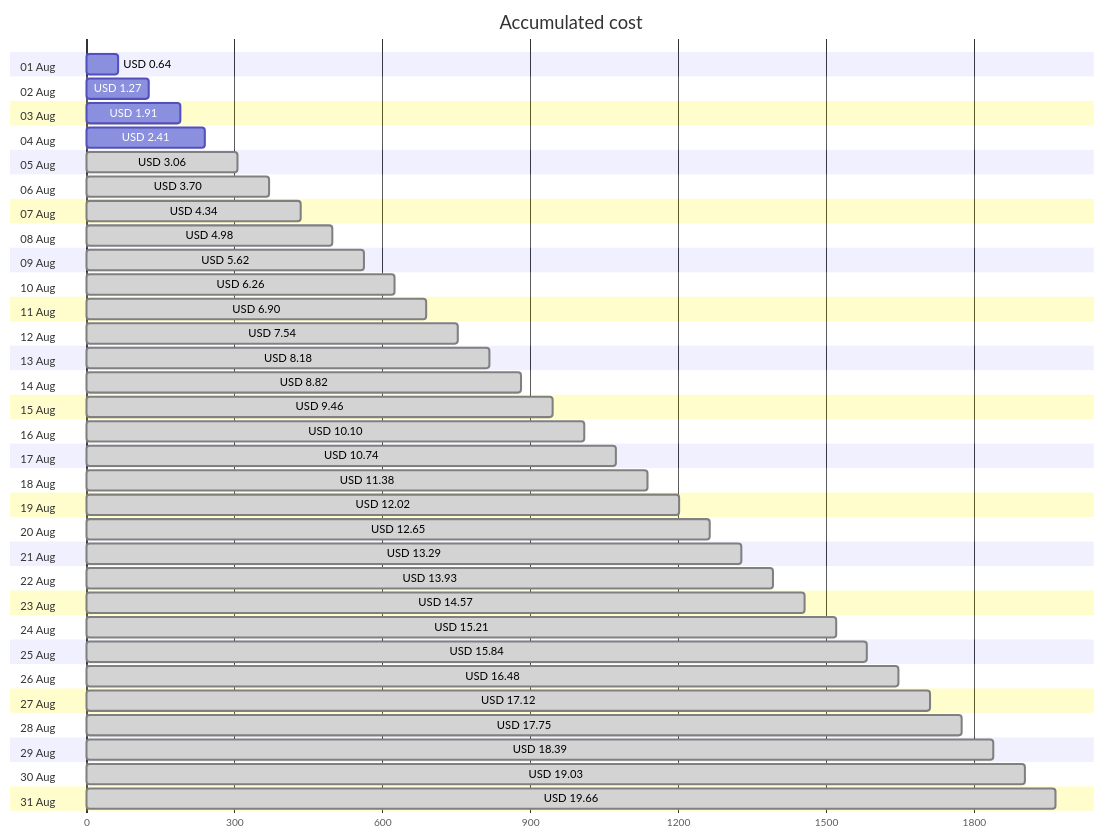
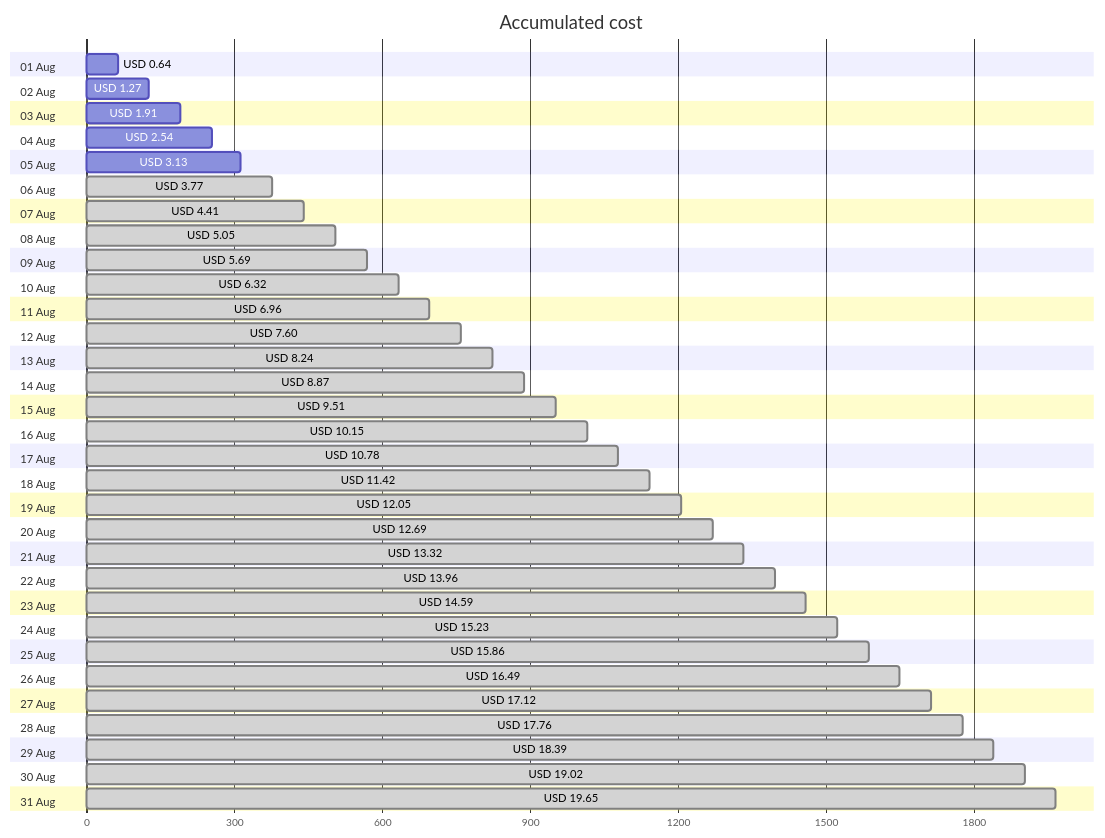
The first of 4 diagrams in cost-reports/accumulated-cost.md (jpfulton/azure-personal-reports), drawn with Mermaid before and after one commit. The commit also changed other lines of this file and 4 other files, not shown here.

````diff
--- a/cost-reports/accumulated-cost.md
+++ b/cost-reports/accumulated-cost.md
@@ -20,68 +20,68 @@
 ```mermaid
 gantt
    title Accumulated cost
    dateFormat  X
    axisFormat %s
    section 01 Aug
    USD 0.64 :0, 64
    section 02 Aug
    USD 1.27 :0, 127
    section 03 Aug
    USD 1.91 :0, 191
    section 04 Aug
-   USD 2.41 :0, 241
+   USD 2.54 :0, 254
    section 05 Aug
-   USD 3.06 : done, 0, 306
+   USD 3.13 :0, 313
    section 06 Aug
-   USD 3.70 : done, 0, 370
+   USD 3.77 : done, 0, 377
    section 07 Aug
-   USD 4.34 : done, 0, 434
+   USD 4.41 : done, 0, 441
    section 08 Aug
-   USD 4.98 : done, 0, 498
+   USD 5.05 : done, 0, 505
    section 09 Aug
-   USD 5.62 : done, 0, 562
+   USD 5.69 : done, 0, 569
    section 10 Aug
-   USD 6.26 : done, 0, 626
+   USD 6.32 : done, 0, 632
    section 11 Aug
-   USD 6.90 : done, 0, 690
+   USD 6.96 : done, 0, 696
    section 12 Aug
-   USD 7.54 : done, 0, 754
+   USD 7.60 : done, 0, 760
    section 13 Aug
-   USD 8.18 : done, 0, 818
+   USD 8.24 : done, 0, 824
    section 14 Aug
-   USD 8.82 : done, 0, 882
+   USD 8.87 : done, 0, 887
    section 15 Aug
-   USD 9.46 : done, 0, 946
+   USD 9.51 : done, 0, 951
    section 16 Aug
-   USD 10.10 : done, 0, 1010
+   USD 10.15 : done, 0, 1015
    section 17 Aug
-   USD 10.74 : done, 0, 1074
+   USD 10.78 : done, 0, 1078
    section 18 Aug
-   USD 11.38 : done, 0, 1138
+   USD 11.42 : done, 0, 1142
    section 19 Aug
-   USD 12.02 : done, 0, 1202
+   USD 12.05 : done, 0, 1205
    section 20 Aug
-   USD 12.65 : done, 0, 1265
+   USD 12.69 : done, 0, 1269
    section 21 Aug
-   USD 13.29 : done, 0, 1329
+   USD 13.32 : done, 0, 1332
    section 22 Aug
-   USD 13.93 : done, 0, 1393
+   USD 13.96 : done, 0, 1396
    section 23 Aug
-   USD 14.57 : done, 0, 1457
+   USD 14.59 : done, 0, 1459
    section 24 Aug
-   USD 15.21 : done, 0, 1521
+   USD 15.23 : done, 0, 1523
    section 25 Aug
-   USD 15.84 : done, 0, 1584
+   USD 15.86 : done, 0, 1586
    section 26 Aug
-   USD 16.48 : done, 0, 1648
+   USD 16.49 : done, 0, 1649
    section 27 Aug
    USD 17.12 : done, 0, 1712
    section 28 Aug
-   USD 17.75 : done, 0, 1775
+   USD 17.76 : done, 0, 1776
    section 29 Aug
    USD 18.39 : done, 0, 1839
    section 30 Aug
-   USD 19.03 : done, 0, 1903
+   USD 19.02 : done, 0, 1902
    section 31 Aug
-   USD 19.66 : done, 0, 1966
+   USD 19.65 : done, 0, 1965
 ```
````
